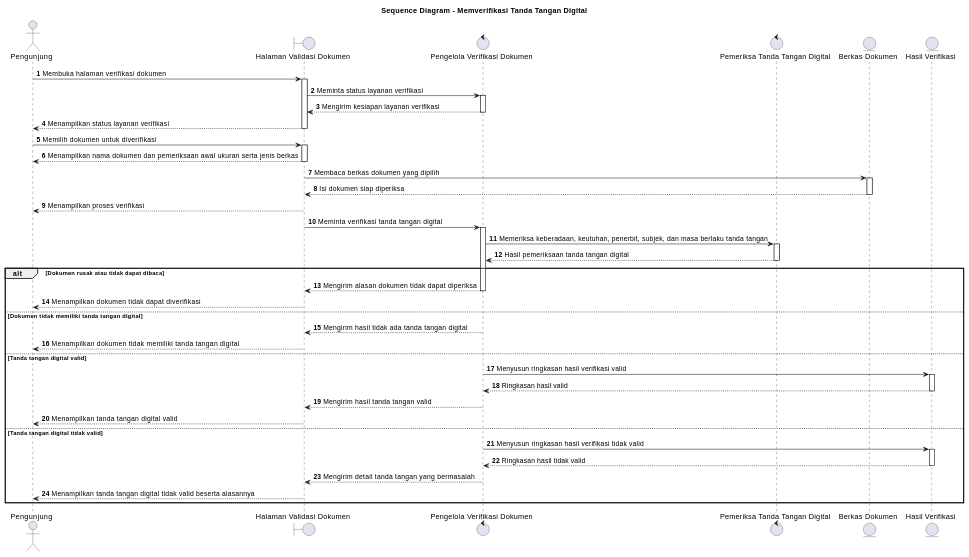
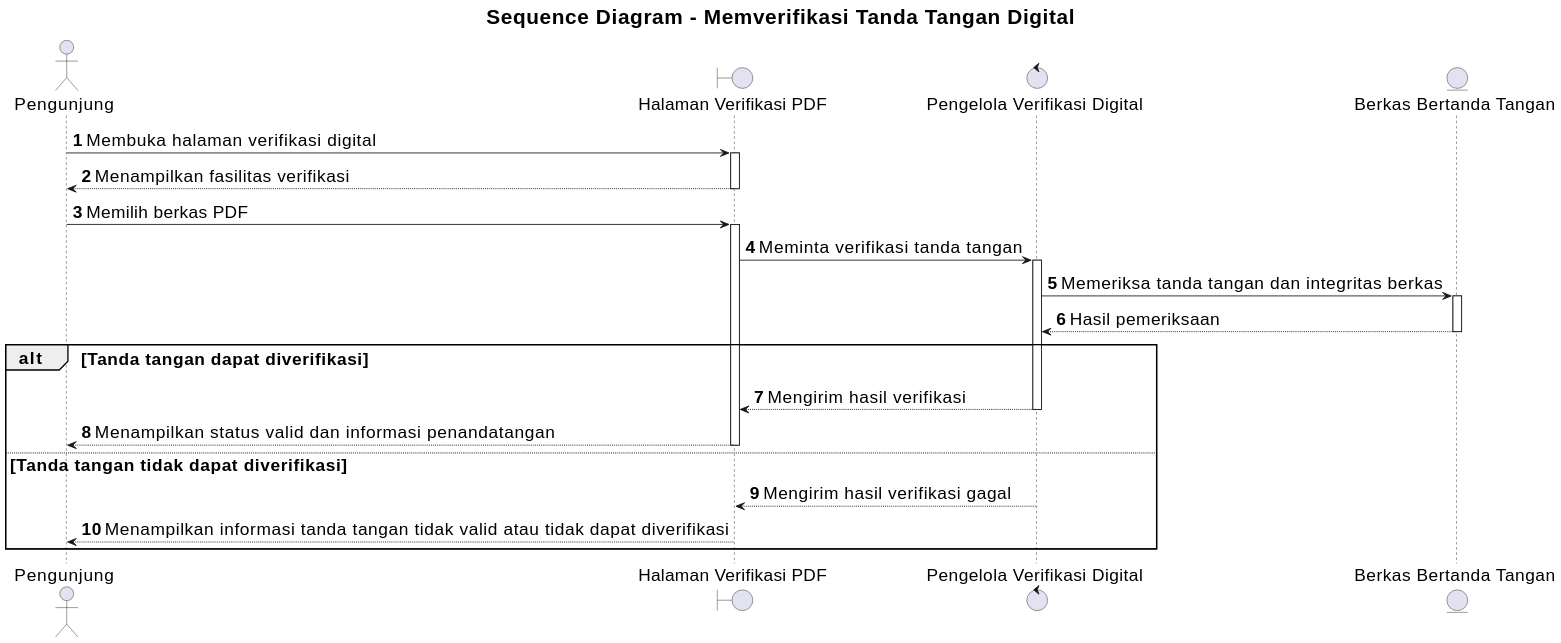
One commit to howlil/sop-generate-app changed the diagram in docs/sequence/lampiran/pengunjung-memverifikasi-tanda-tangan-digital.md. Above: the diagram before and after it, drawn with PlantUML. The commit also changed other lines of this file and 20 other files, not shown here.

Commit message:
docs(sequence): align all sequence diagrams with use cases

````diff
--- a/docs/sequence/lampiran/pengunjung-memverifikasi-tanda-tangan-digital.md
+++ b/docs/sequence/lampiran/pengunjung-memverifikasi-tanda-tangan-digital.md
@@ -16,46 +16,32 @@
 ```plantuml
 @startuml
+skinparam defaultFontSize 20
+skinparam titleFontSize 24
+skinparam dpi 160
+
 title Sequence Diagram - Memverifikasi Tanda Tangan Digital
 autonumber
 autoactivate on
 
 actor "Pengunjung" as A
-boundary "Halaman Validasi Dokumen" as B
-control "Pengelola Verifikasi Dokumen" as C
-control "Pemeriksa Tanda Tangan Digital" as D
-entity "Berkas Dokumen" as BerkasDokumen
-entity "Hasil Verifikasi" as HasilVerifikasi
+boundary "Halaman Verifikasi PDF" as B
+control "Pengelola Verifikasi Digital" as C
+entity "Berkas Bertanda Tangan" as D
 
-A -> B : Membuka halaman verifikasi dokumen
-B -> C : Meminta status layanan verifikasi
-C --> B : Mengirim kesiapan layanan verifikasi
-B --> A : Menampilkan status layanan verifikasi
+A -> B : Membuka halaman verifikasi digital
+B --> A : Menampilkan fasilitas verifikasi
+A -> B : Memilih berkas PDF
+B -> C : Meminta verifikasi tanda tangan
+C -> D : Memeriksa tanda tangan dan integritas berkas
+D --> C : Hasil pemeriksaan
 
-A -> B : Memilih dokumen untuk diverifikasi
-B --> A : Menampilkan nama dokumen dan pemeriksaan awal ukuran serta jenis berkas
-B -> BerkasDokumen : Membaca berkas dokumen yang dipilih
-BerkasDokumen --> B : Isi dokumen siap diperiksa
-B --> A : Menampilkan proses verifikasi
-B -> C : Meminta verifikasi tanda tangan digital
-C -> D : Memeriksa keberadaan, keutuhan, penerbit, subjek, dan masa berlaku tanda tangan
-D --> C : Hasil pemeriksaan tanda tangan digital
-alt Dokumen rusak atau tidak dapat dibaca
-  C --> B : Mengirim alasan dokumen tidak dapat diperiksa
-  B --> A : Menampilkan dokumen tidak dapat diverifikasi
-else Dokumen tidak memiliki tanda tangan digital
-  C --> B : Mengirim hasil tidak ada tanda tangan digital
-  B --> A : Menampilkan dokumen tidak memiliki tanda tangan digital
-else Tanda tangan digital valid
-  C -> HasilVerifikasi : Menyusun ringkasan hasil verifikasi valid
-  HasilVerifikasi --> C : Ringkasan hasil valid
-  C --> B : Mengirim hasil tanda tangan valid
-  B --> A : Menampilkan tanda tangan digital valid
-else Tanda tangan digital tidak valid
-  C -> HasilVerifikasi : Menyusun ringkasan hasil verifikasi tidak valid
-  HasilVerifikasi --> C : Ringkasan hasil tidak valid
-  C --> B : Mengirim detail tanda tangan yang bermasalah
-  B --> A : Menampilkan tanda tangan digital tidak valid beserta alasannya
+alt Tanda tangan dapat diverifikasi
+  C --> B : Mengirim hasil verifikasi
+  B --> A : Menampilkan status valid dan informasi penandatangan
+else Tanda tangan tidak dapat diverifikasi
+  C --> B : Mengirim hasil verifikasi gagal
+  B --> A : Menampilkan informasi tanda tangan tidak valid atau tidak dapat diverifikasi
 end
 
 @enduml
 ```
````
